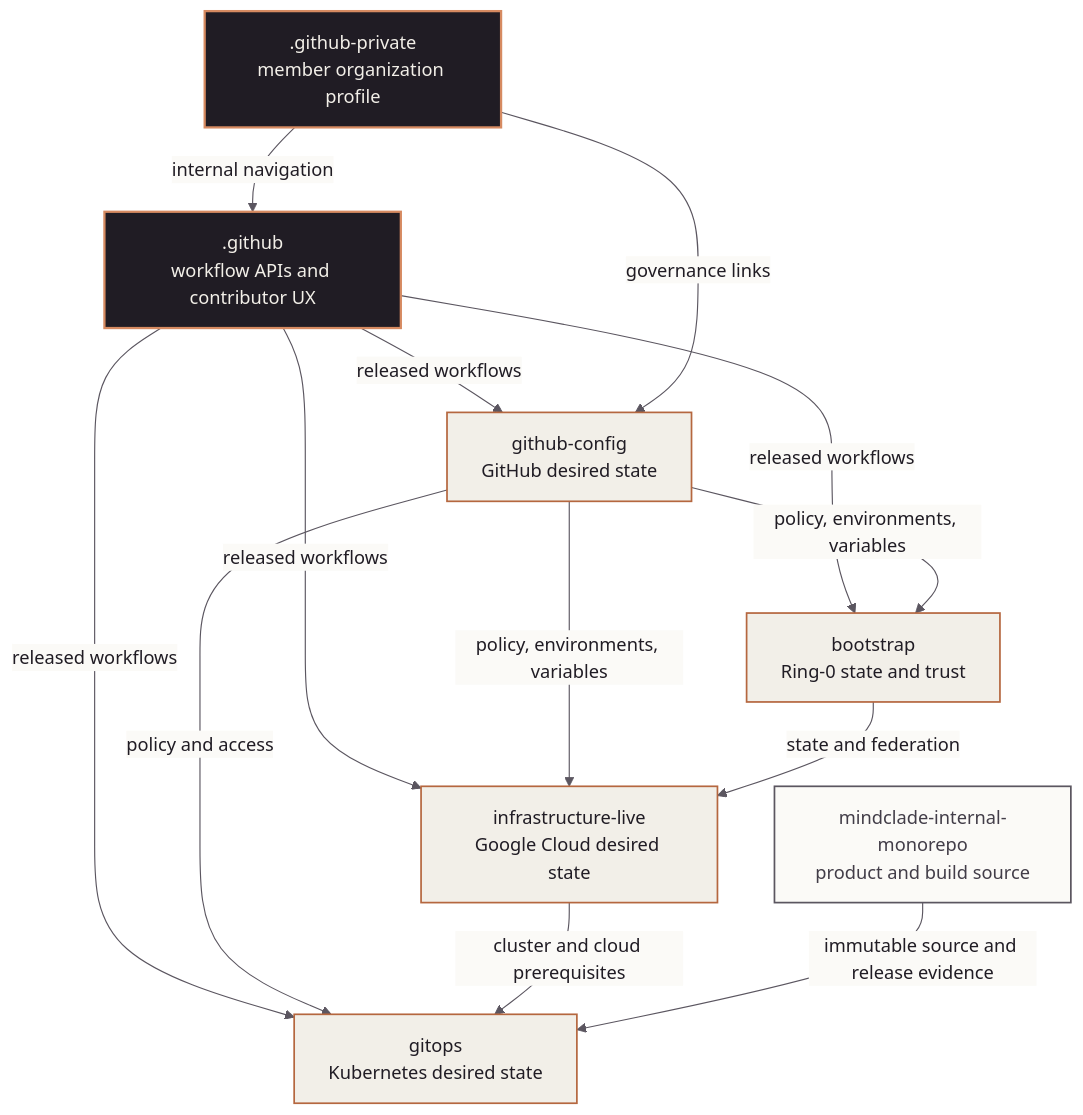
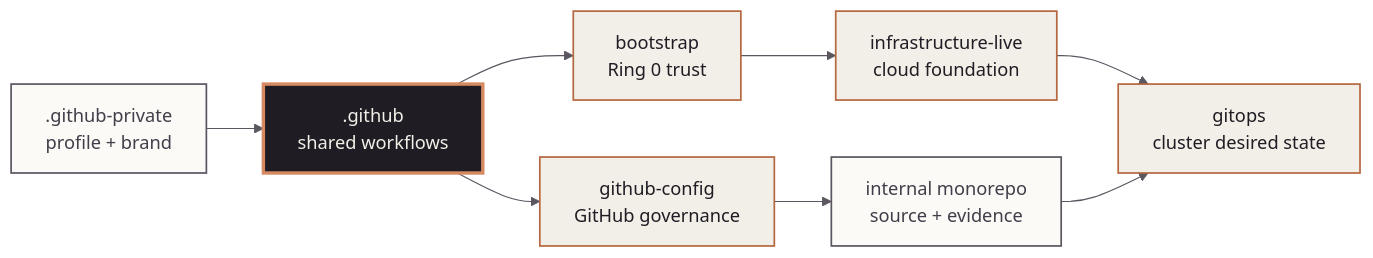
Before and after one commit to mindclade/.github-old: the diagram in README.md, drawn with Mermaid. The commit also changed other lines of this file and 52 other files, not shown here.

````diff
--- a/README.md
+++ b/README.md
@@ -42,31 +73,18 @@
 ```mermaid
+%% current: .github %%
 %%{init: {"theme":"base","themeVariables":{"primaryColor":"#F2EFE8","primaryTextColor":"#201C24","primaryBorderColor":"#B5673F","secondaryColor":"#FBFAF7","tertiaryColor":"#FBFAF7","lineColor":"#5B5660","edgeLabelBackground":"#FBFAF7","clusterBkg":"#FBFAF7","clusterBorder":"#E2DED4"}}}%%
-flowchart TD
-    GH[".github<br/>workflow APIs and contributor UX"]
-    GHP[".github-private<br/>member organization profile"]
-    GC["github-config<br/>GitHub desired state"]
-    BS["bootstrap<br/>Ring-0 state and trust"]
-    IL["infrastructure-live<br/>Google Cloud desired state"]
-    GO["gitops<br/>Kubernetes desired state"]
-    MO["mindclade-internal-monorepo<br/>product and build source"]
-
-    GH -->|released workflows| GC
-    GHP -->|internal navigation| GH
-    GHP -->|governance links| GC
-    GH -->|released workflows| BS
-    GH -->|released workflows| IL
-    GH -->|released workflows| GO
-    GC -->|policy, environments, variables| BS
-    GC -->|policy, environments, variables| IL
-    GC -->|policy and access| GO
-    BS -->|state and federation| IL
-    IL -->|cluster and cloud prerequisites| GO
-    MO -->|immutable source and release evidence| GO
-
-    classDef shared fill:#201C24,color:#F2EFE8,stroke:#D68A61,stroke-width:2px;
-    classDef control fill:#F2EFE8,color:#201C24,stroke:#B5673F,stroke-width:1.5px;
+flowchart LR
+    GHP[".github-private<br/>profile + brand"] --> GH[".github<br/>shared workflows"]
+    GH --> GC["github-config<br/>GitHub governance"]
+    GH --> BS["bootstrap<br/>Ring 0 trust"]
+    BS --> IL["infrastructure-live<br/>cloud foundation"]
+    IL --> GO["gitops<br/>cluster desired state"]
+    MO["internal monorepo<br/>source + evidence"] --> GO
+    GC --> MO
+    classDef current fill:#201C24,color:#F2EFE8,stroke:#D68A61,stroke-width:3px;
+    classDef managed fill:#F2EFE8,color:#201C24,stroke:#B5673F,stroke-width:1.5px;
     classDef source fill:#FBFAF7,color:#423D48,stroke:#5B5660,stroke-width:1.5px;
-    class GH,GHP shared;
-    class GC,BS,IL,GO control;
-    class MO source;
+    class GH current;
+    class GC,BS,IL,GO managed;
+    class GHP,MO source;
 ```
````
